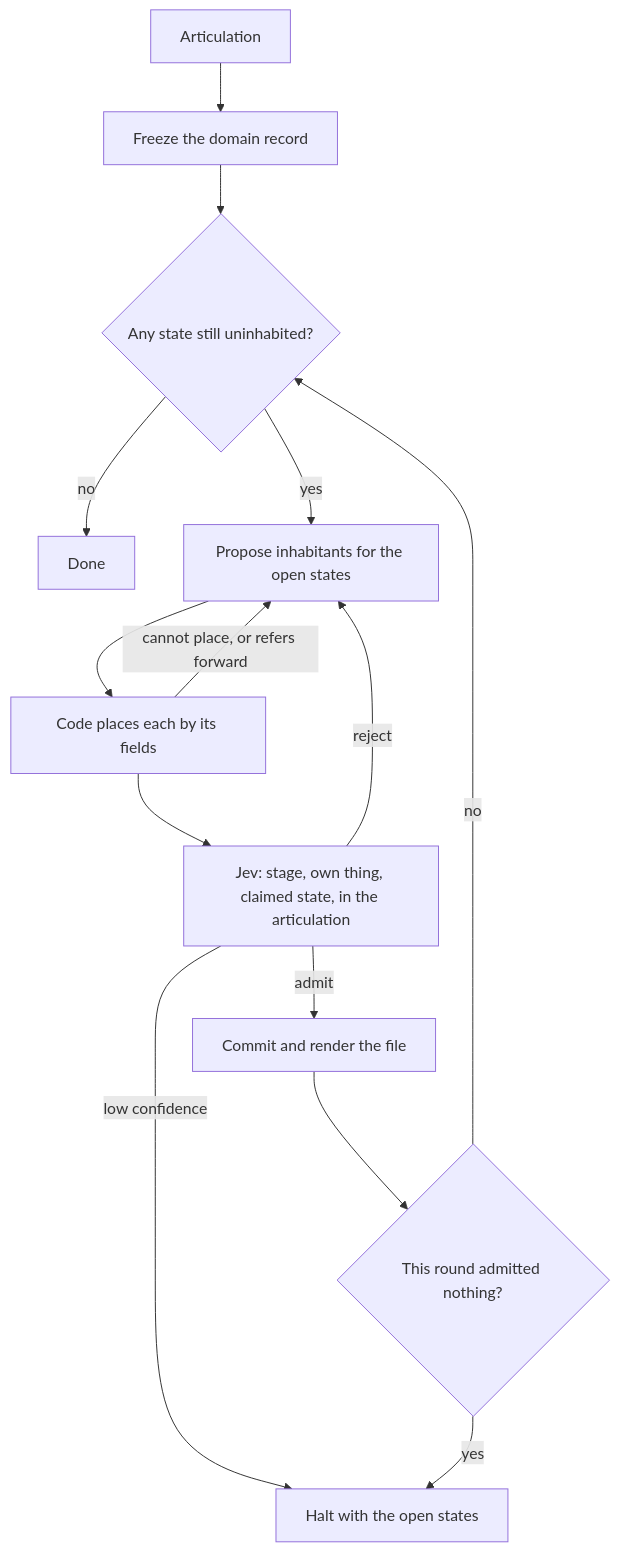
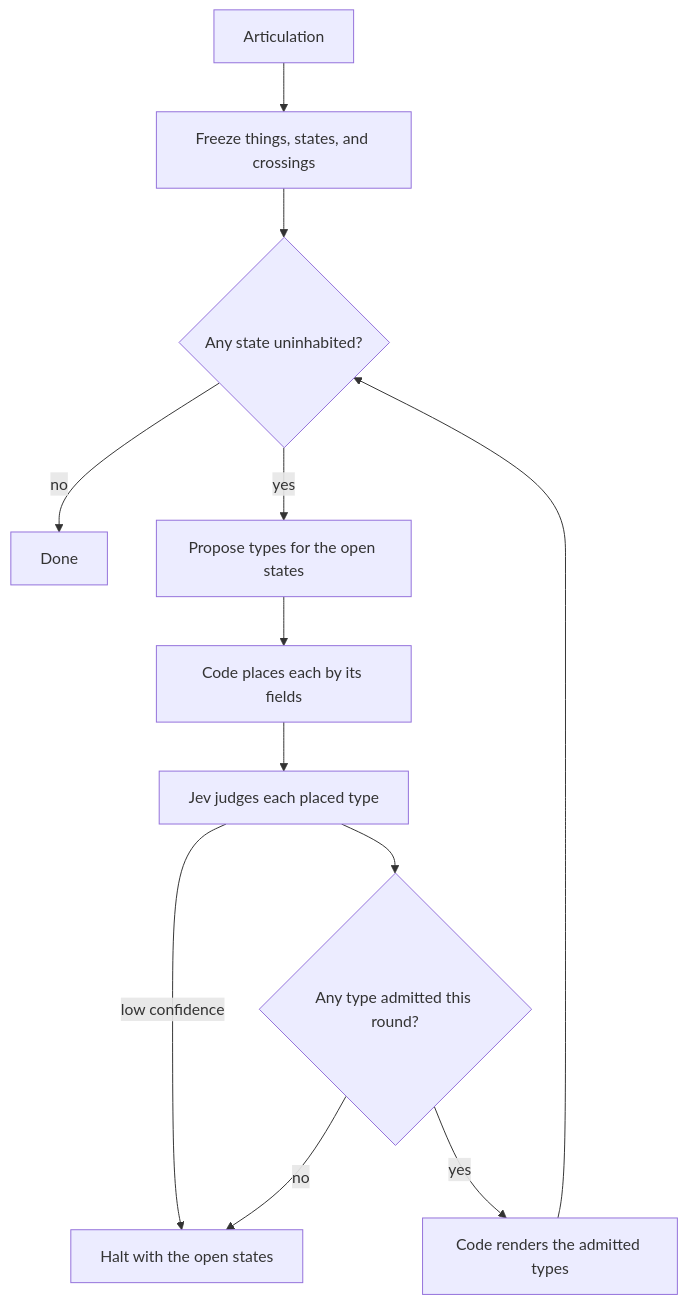
One commit to kylejtobin/tca changed the diagram in plan/tca-agent.md. Above: the diagram before and after it, drawn with Mermaid. The commit also changed other lines of this file, not shown here.

Commit message:
plan: run the TCA agent build unattended
State the TCA agent build as unattended from an articulated domain, and
make a round halt when it admits nothing instead of sending a rejection
back into another proposal.

````diff
--- a/plan/tca-agent.md
+++ b/plan/tca-agent.md
@@ -17,16 +19,14 @@
 ```mermaid
 flowchart TD
-  A[Articulation] --> B[Freeze the domain record]
-  B --> C{Any state still uninhabited?}
+  A[Articulation] --> B[Freeze things, states, and crossings]
+  B --> C{Any state uninhabited?}
   C -->|no| Z[Done]
-  C -->|yes| D[Propose inhabitants for the open states]
+  C -->|yes| D[Propose types for the open states]
   D --> E[Code places each by its fields]
-  E -->|cannot place, or refers forward| D
-  E --> F[Jev: stage, own thing, claimed state, in the articulation]
-  F -->|reject| D
+  E --> F[Jev judges each placed type]
   F -->|low confidence| H[Halt with the open states]
-  F -->|admit| I[Commit and render the file]
-  I --> J{This round admitted nothing?}
-  J -->|yes| H
-  J -->|no| C
+  F --> G{Any type admitted this round?}
+  G -->|no| H
+  G -->|yes| I[Code renders the admitted types]
+  I --> C
 ```
````
